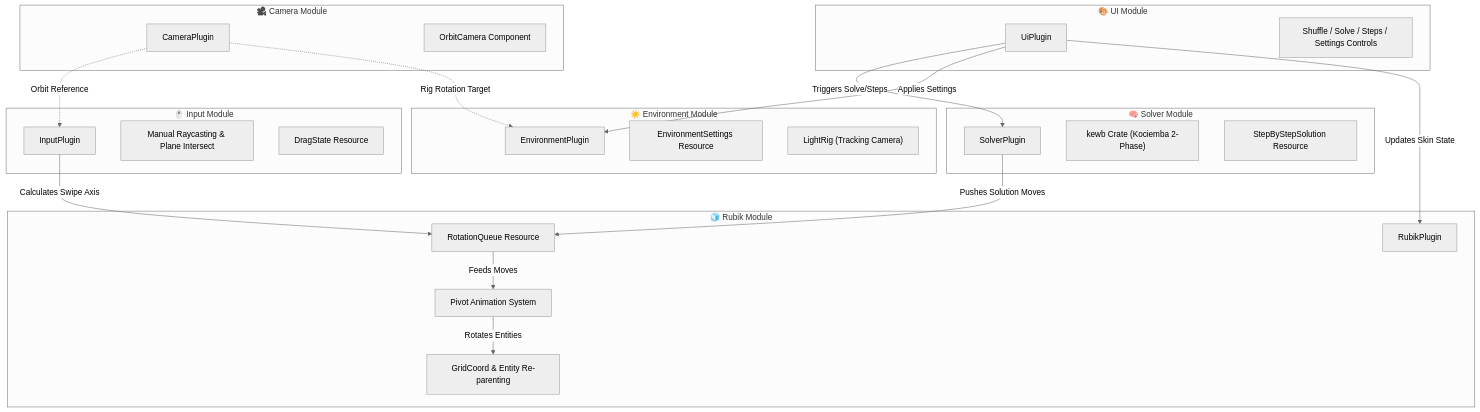
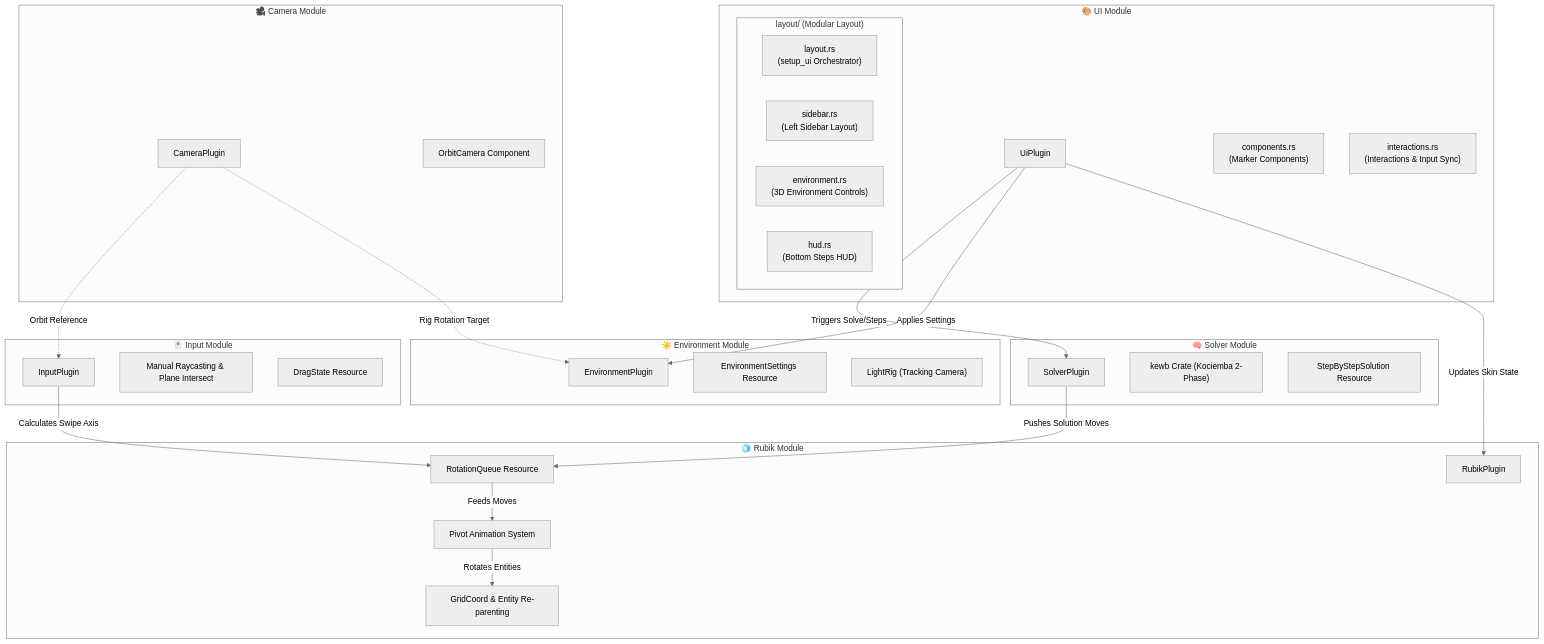
The diagram in architecture.md (thichuong/Game_rubik), drawn with Mermaid (neutral theme) before and after one commit. The commit also changed other lines of this file and 8 other files, not shown here.

Commit message:
refactor: decouple UI into modular components, interaction systems, and granular layout sub-modules to satisfy Clippy standards.

````diff
--- a/architecture.md
+++ b/architecture.md
@@ -11,52 +11,59 @@
 ```mermaid
 graph TD
     %% Module Plugins
     subgraph UI ["🎨 UI Module"]
         UiPlugin["UiPlugin"]
-        Buttons["Shuffle / Solve / Steps / Settings Controls"]
+        Components["components.rs <br>(Marker Components)"]
+        Interactions["interactions.rs <br>(Interactions & Input Sync)"]
+        subgraph Layout ["layout/ (Modular Layout)"]
+            LayoutMod["layout.rs <br>(setup_ui Orchestrator)"]
+            Sidebar["sidebar.rs <br>(Left Sidebar Layout)"]
+            Env["environment.rs <br>(3D Environment Controls)"]
+            HUD["hud.rs <br>(Bottom Steps HUD)"]
+        end
     end
 
     subgraph Input ["🖱️ Input Module"]
         InputPlugin["InputPlugin"]
         Raycast["Manual Raycasting & Plane Intersect"]
         DragState["DragState Resource"]
     end
 
     subgraph Solver ["🧠 Solver Module"]
         SolverPlugin["SolverPlugin"]
         Kewb["kewb Crate (Kociemba 2-Phase)"]
         StepByStep["StepByStepSolution Resource"]
     end
 
     subgraph Camera ["🎥 Camera Module"]
         CameraPlugin["CameraPlugin"]
         Orbit["OrbitCamera Component"]
     end
 
     subgraph Environment ["☀️ Environment Module"]
         EnvPlugin["EnvironmentPlugin"]
         Settings["EnvironmentSettings Resource"]
         LightRig["LightRig (Tracking Camera)"]
     end
 
     subgraph RubikCore ["🧊 Rubik Module"]
         RubikPlugin["RubikPlugin"]
         RotQueue["RotationQueue Resource"]
         PivotAnimate["Pivot Animation System"]
         GridCoord["GridCoord & Entity Re-parenting"]
     end
 
     %% Interactions
     UiPlugin -->|Triggers Solve/Steps| SolverPlugin
     UiPlugin -->|Applies Settings| EnvPlugin
     UiPlugin -->|Updates Skin State| RubikPlugin
     
     InputPlugin -->|Calculates Swipe Axis| RotQueue
     SolverPlugin -->|Pushes Solution Moves| RotQueue
     
     RotQueue -->|Feeds Moves| PivotAnimate
     PivotAnimate -->|Rotates Entities| GridCoord
     
     CameraPlugin -.->|Orbit Reference| InputPlugin
     CameraPlugin -.->|Rig Rotation Target| EnvPlugin
 ```
````
